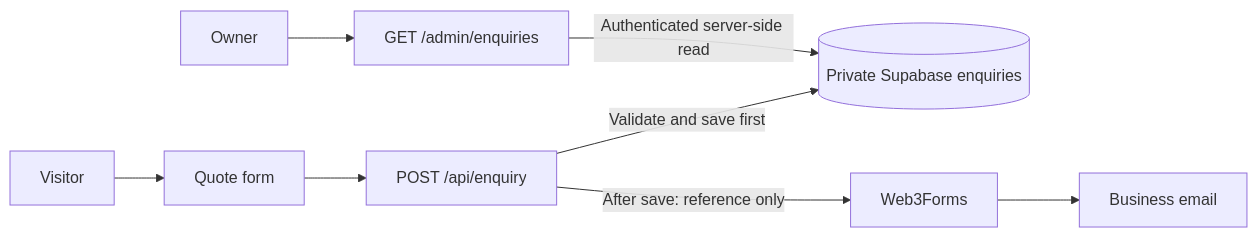
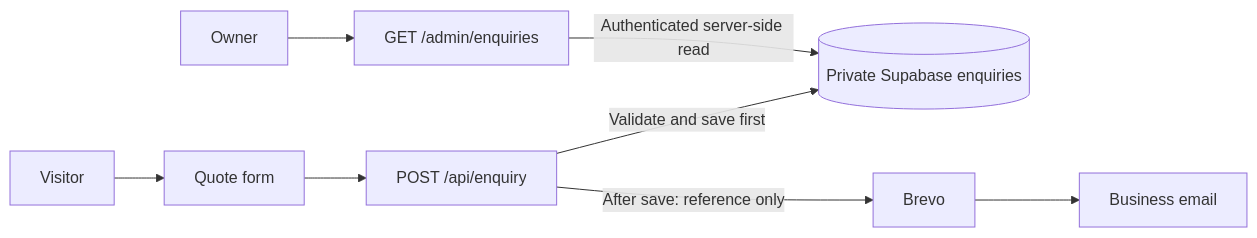
Before and after one commit to FEMZYKENTLTD/KERIFEM-DIGITAL-VENTURES: the diagram in README.md, drawn with Mermaid. The commit also changed other lines of this file and 6 other files, not shown here.

Commit message:
Replace Web3Forms quote alerts with Brevo

````diff
--- a/README.md
+++ b/README.md
@@ -86,10 +86,10 @@
 ```mermaid
 flowchart LR
     Visitor --> Form[Quote form]
     Form --> API[POST /api/enquiry]
     API -->|Validate and save first| DB[(Private Supabase enquiries)]
-    API -->|After save: reference only| Mail[Web3Forms]
+    API -->|After save: reference only| Mail[Brevo]
     Mail --> Inbox[Business email]
     Owner --> Admin[GET /admin/enquiries]
     Admin -->|Authenticated server-side read| DB
 ```
````
